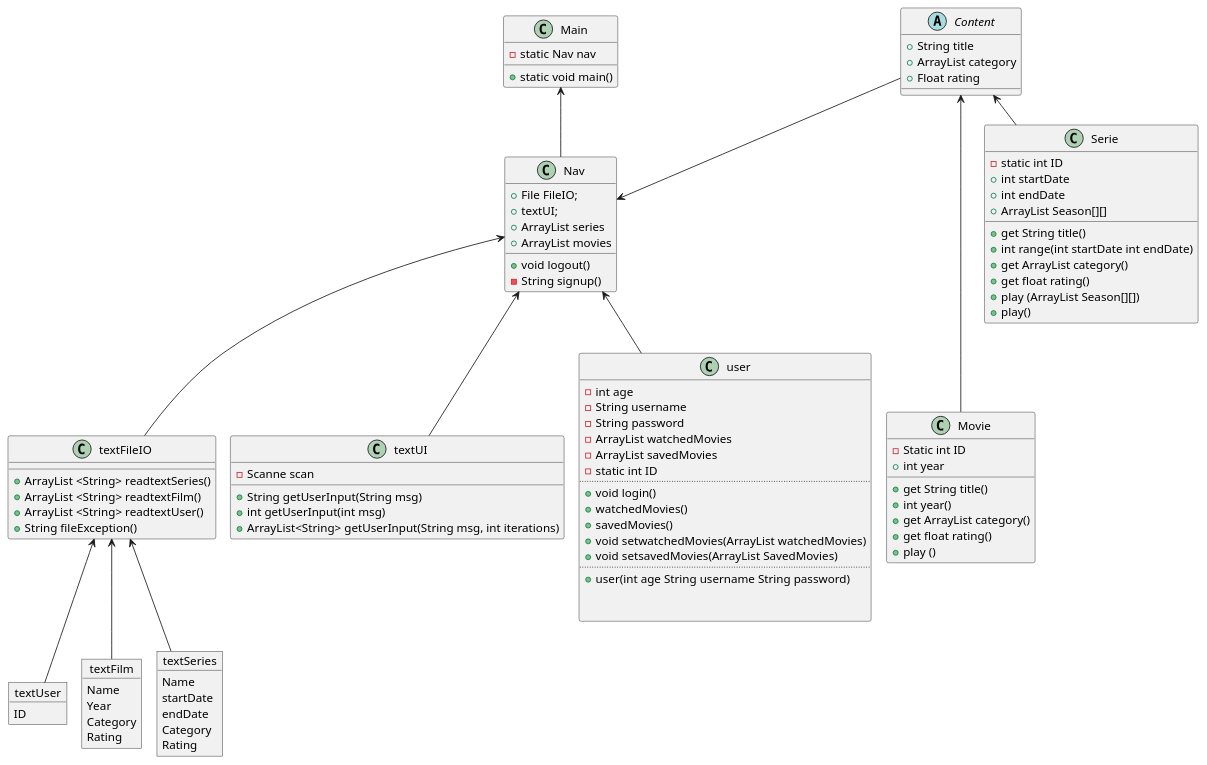
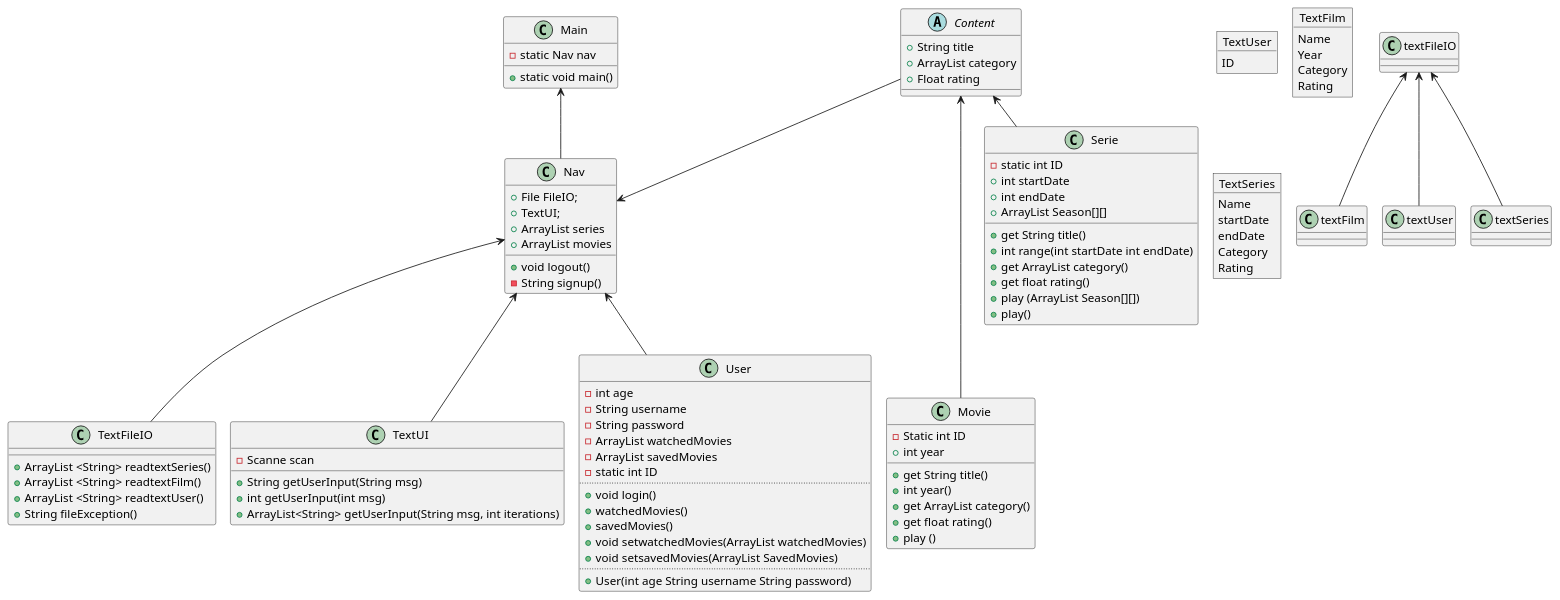
Before and after one commit to bakkary/Streaming-Tjeneste: the diagram in showandtell/Dokumentation/d.puml, drawn with PlantUML. The commit also changed 1 other file, not shown here.

```diff
--- a/showandtell/Dokumentation/d.puml
+++ b/showandtell/Dokumentation/d.puml
@@ -1,128 +1,114 @@
 @startuml
 !pragma layout smetana
 'https://plantuml.com/class-diagram
 
 class Main{
 - static Nav nav
 + static void main()
 
 }
 
 class Nav {
 + File FileIO;
-+ textUI;
++ TextUI;
 + ArrayList series
 + ArrayList movies
 + void logout()
 - String signup()
-
-
 }
 
 Content --> Nav
 Main <-- Nav
 
-
-
-class textFileIO{
+class TextFileIO{
 + ArrayList <String> readtextSeries()
 + ArrayList <String> readtextFilm()
 + ArrayList <String> readtextUser()
 + String fileException()
 }
 
-class textUI{
+class TextUI{
 - Scanne scan
 + String getUserInput(String msg)
 + int getUserInput(int msg)
 + ArrayList<String> getUserInput(String msg, int iterations)
 
 }
-class user{
+class User{
 - int age
 - String username
 - String password
 - ArrayList watchedMovies
 - ArrayList savedMovies
 - static int ID
 ..
 + void login()
 + watchedMovies()
 + savedMovies()
 + void setwatchedMovies(ArrayList watchedMovies)
 + void setsavedMovies(ArrayList SavedMovies)
 ..
-+ user(int age String username String password)
-
-
++ User(int age String username String password)
 }
 
-
-
-
-Nav <-- user
-Nav <-- textFileIO
-Nav <-- textUI
+Nav <-- User
+Nav <-- TextFileIO
+Nav <-- TextUI
 
 Content <--- Movie
 Content <-down-  Serie
 
 class Movie{
 - Static int ID
 + int year
 + get String title()
 + int year()
 + get ArrayList category()
 + get float rating()
 + play ()
 }
 
 class Serie{
 - static int ID
 + int startDate
 + int endDate
 + get String title()
 +  int range(int startDate int endDate)
 + get ArrayList category()
 + get float rating()
 + ArrayList Season[][]
 + play (ArrayList Season[][])
 + play()
 }
 
 
-object textUser{
+object TextUser{
 ID
 }
 
-
-
-object textFilm{
+object TextFilm{
 Name
 Year
 Category
 Rating
 }
 
-object textSeries{
+object TextSeries{
 Name
 startDate
 endDate
 Category
 Rating
 }
 
-
-
 abstract Content{
 + String title
 + ArrayList category
 + Float rating
 }
 
-
 textFileIO <-- textFilm
 textFileIO <-- textUser
 textFileIO <-- textSeries
 
 @enduml
```
